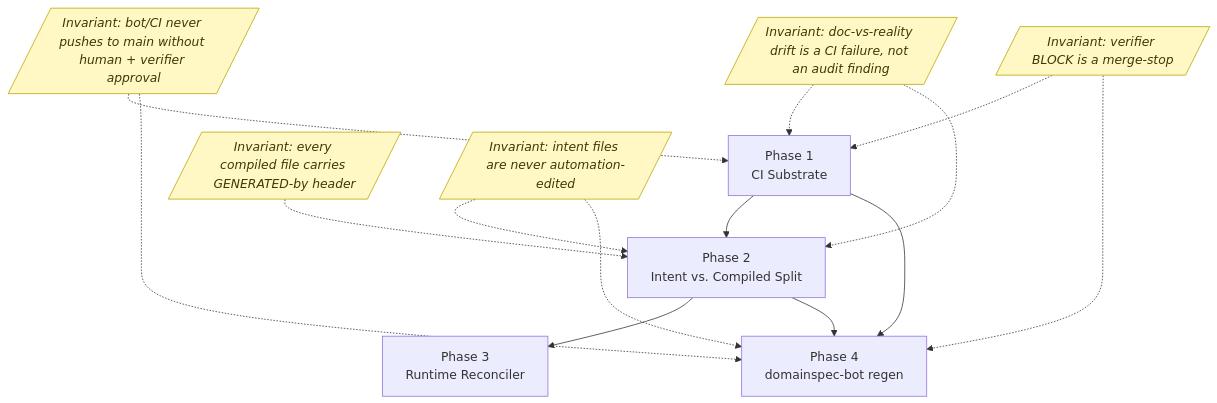
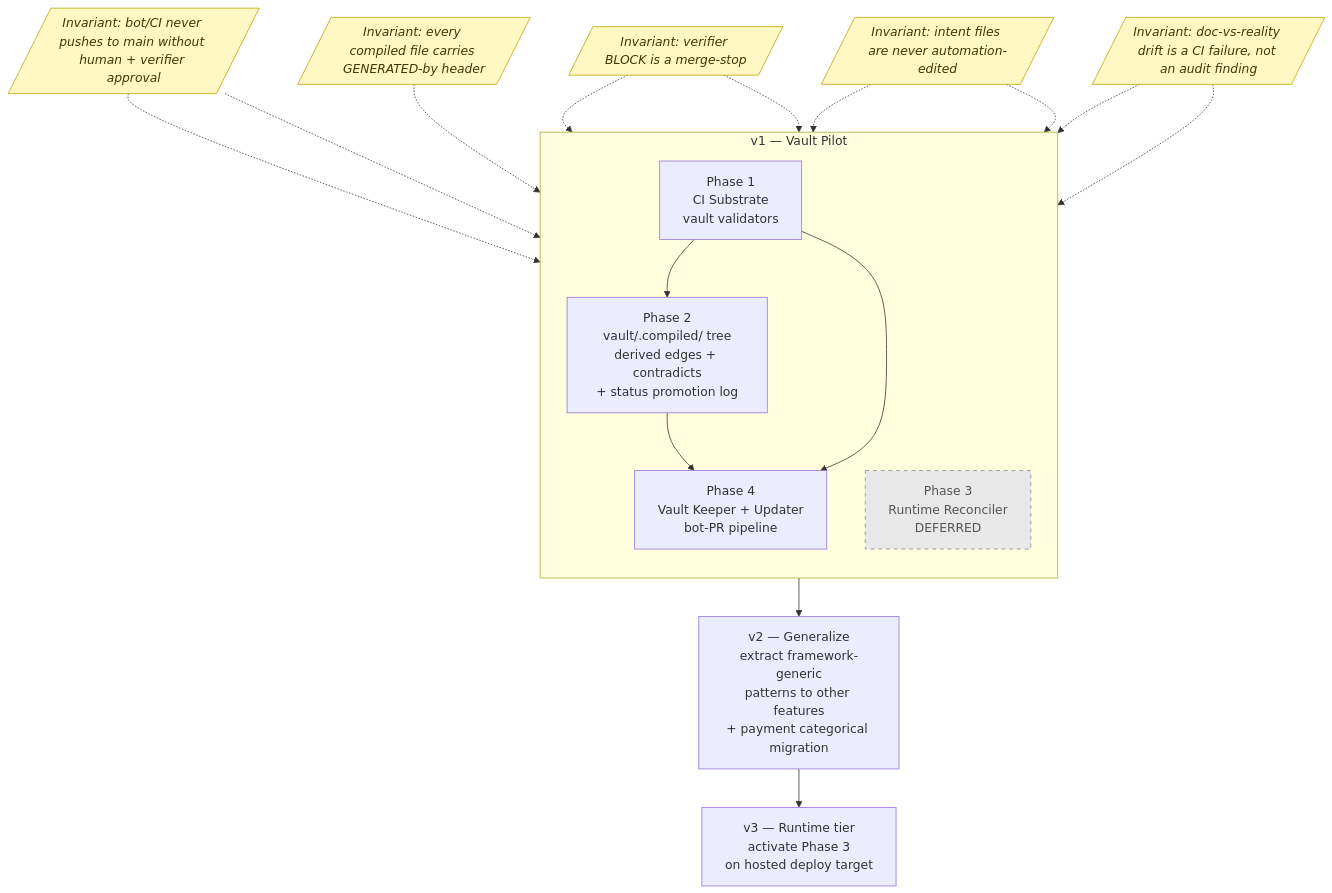
One commit to cyberAlchemyAI/domainspec changed the first of 2 diagrams in docs/features/gitops-assessment/SPEC.md. Above: the diagram before and after it, drawn with Mermaid. The commit also changed other lines of this file and 20 other files, not shown here.

````diff
--- a/docs/features/gitops-assessment/SPEC.md
+++ b/docs/features/gitops-assessment/SPEC.md
@@ -21,20 +21,27 @@
 ```mermaid
 graph TD
-    P1[Phase 1<br/>CI Substrate] --> P2[Phase 2<br/>Intent vs. Compiled Split]
-    P2 --> P3[Phase 3<br/>Runtime Reconciler]
-    P2 --> P4[Phase 4<br/>domainspec-bot regen]
-    P1 --> P4
+    subgraph V1[v1 — Vault Pilot]
+        direction TB
+        P1[Phase 1<br/>CI Substrate<br/>vault validators] --> P2[Phase 2<br/>vault/.compiled/ tree<br/>derived edges + contradicts<br/>+ status promotion log]
+        P2 --> P4[Phase 4<br/>Vault Keeper + Updater<br/>bot-PR pipeline]
+        P1 --> P4
+        P3[Phase 3<br/>Runtime Reconciler<br/>DEFERRED]:::deferred
+    end
+
+    V1 --> V2[v2 — Generalize<br/>extract framework-generic<br/>patterns to other features<br/>+ payment categorical migration]
+    V2 --> V3[v3 — Runtime tier<br/>activate Phase 3<br/>on hosted deploy target]
 
     %% Cross-cutting authority guarantees (annotations, not phases)
     Inv1[/Invariant: bot/CI never pushes to main without human + verifier approval/]:::inv -.-> P1
     Inv1 -.-> P4
     Inv2[/Invariant: every compiled file carries GENERATED-by header/]:::inv -.-> P2
     Inv3[/Invariant: verifier BLOCK is a merge-stop/]:::inv -.-> P1
     Inv3 -.-> P4
     Inv4[/Invariant: intent files are never automation-edited/]:::inv -.-> P2
     Inv4 -.-> P4
     Inv5[/Invariant: doc-vs-reality drift is a CI failure, not an audit finding/]:::inv -.-> P1
     Inv5 -.-> P2
 
     classDef inv fill:#fff8c4,stroke:#bba600,color:#403800,font-style:italic;
+    classDef deferred fill:#e8e8e8,stroke:#888,color:#555,stroke-dasharray: 5 5;
 ```
````
